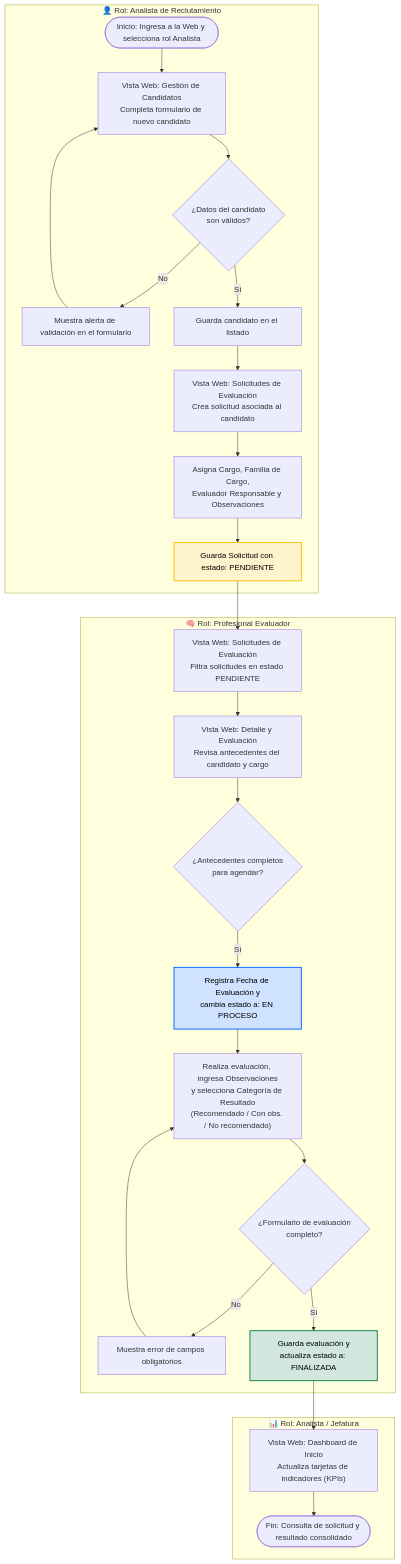
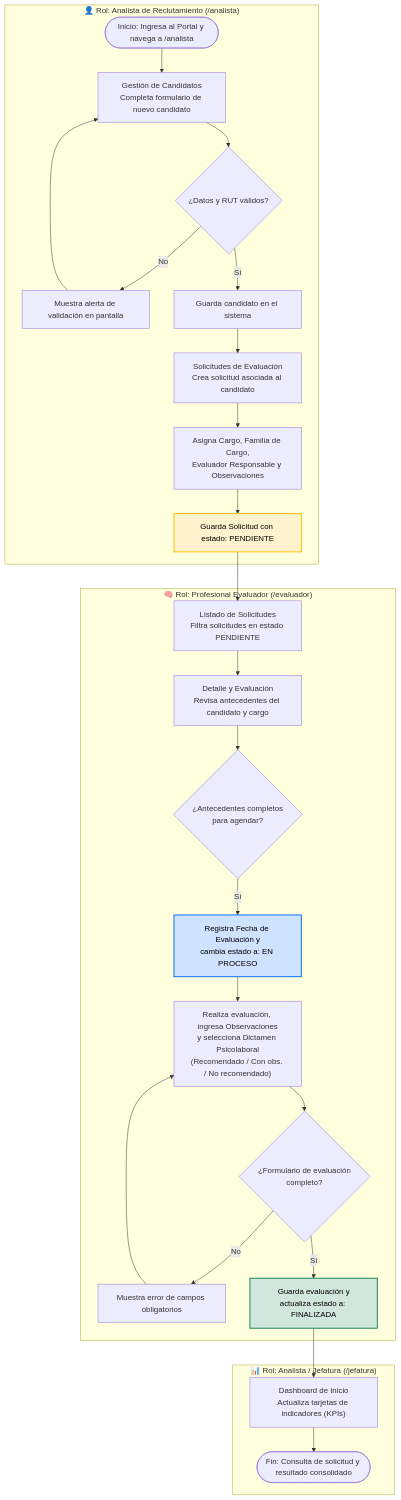
One commit to ruke-duoc-uc/Aqua-Contratos changed the diagram in README.md. Above: the diagram before and after it, drawn with Mermaid. The commit also changed other lines of this file and 37 other files, not shown here.

````diff
--- a/README.md
+++ b/README.md
@@ -80,35 +84,35 @@
 ```mermaid
 flowchart TD
-    subgraph Analista ["👤 Rol: Analista de Reclutamiento"]
-        A(["Inicio: Ingresa a la Web y selecciona rol Analista"]) --> B["Vista Web: Gestión de Candidatos<br/>Completa formulario de nuevo candidato"]
-        B --> C{"¿Datos del candidato<br/>son válidos?"}
-        C -- "No" --> D["Muestra alerta de validación en el formulario"]
+    subgraph Analista ["👤 Rol: Analista de Reclutamiento (/analista)"]
+        A(["Inicio: Ingresa al Portal y navega a /analista"]) --> B["Gestión de Candidatos<br/>Completa formulario de nuevo candidato"]
+        B --> C{"¿Datos y RUT válidos?"}
+        C -- "No" --> D["Muestra alerta de validación en pantalla"]
         D --> B
-        C -- "Sí" --> E["Guarda candidato en el listado"]
-        E --> F["Vista Web: Solicitudes de Evaluación<br/>Crea solicitud asociada al candidato"]
+        C -- "Sí" --> E["Guarda candidato en el sistema"]
+        E --> F["Solicitudes de Evaluación<br/>Crea solicitud asociada al candidato"]
         F --> G["Asigna Cargo, Familia de Cargo,<br/>Evaluador Responsable y Observaciones"]
         G --> H["Guarda Solicitud con estado: PENDIENTE"]
     end
 
-    subgraph Evaluador ["🧠 Rol: Profesional Evaluador"]
-        H --> I["Vista Web: Solicitudes de Evaluación<br/>Filtra solicitudes en estado PENDIENTE"]
-        I --> J["Vista Web: Detalle y Evaluación<br/>Revisa antecedentes del candidato y cargo"]
+    subgraph Evaluador ["🧠 Rol: Profesional Evaluador (/evaluador)"]
+        H --> I["Listado de Solicitudes<br/>Filtra solicitudes en estado PENDIENTE"]
+        I --> J["Detalle y Evaluación<br/>Revisa antecedentes del candidato y cargo"]
         J --> K{"¿Antecedentes completos<br/>para agendar?"}
         K -- "Sí" --> L["Registra Fecha de Evaluación y<br/>cambia estado a: EN PROCESO"]
-        L --> M["Realiza evaluación, ingresa Observaciones<br/>y selecciona Categoría de Resultado<br/>(Recomendado / Con obs. / No recomendado)"]
+        L --> M["Realiza evaluación, ingresa Observaciones<br/>y selecciona Dictamen Psicolaboral<br/>(Recomendado / Con obs. / No recomendado)"]
         M --> N{"¿Formulario de evaluación<br/>completo?"}
         N -- "No" --> O["Muestra error de campos obligatorios"]
         O --> M
         N -- "Sí" --> P["Guarda evaluación y<br/>actualiza estado a: FINALIZADA"]
     end
 
-    subgraph Consulta ["📊 Rol: Analista / Jefatura"]
-        P --> Q["Vista Web: Dashboard de Inicio<br/>Actualiza tarjetas de indicadores (KPIs)"]
+    subgraph Consulta ["📊 Rol: Analista / Jefatura (/jefatura)"]
+        P --> Q["Dashboard de Inicio<br/>Actualiza tarjetas de indicadores (KPIs)"]
         Q --> R(["Fin: Consulta de solicitud y resultado consolidado"])
     end
 
     %% Estilos visuales para estados clave
     style H fill:#fff3cd,stroke:#ffc107,stroke-width:2px,color:#000
     style L fill:#cfe2ff,stroke:#0d6efd,stroke-width:2px,color:#000
     style P fill:#d1e7dd,stroke:#198754,stroke-width:2px,color:#000
 ```
````
